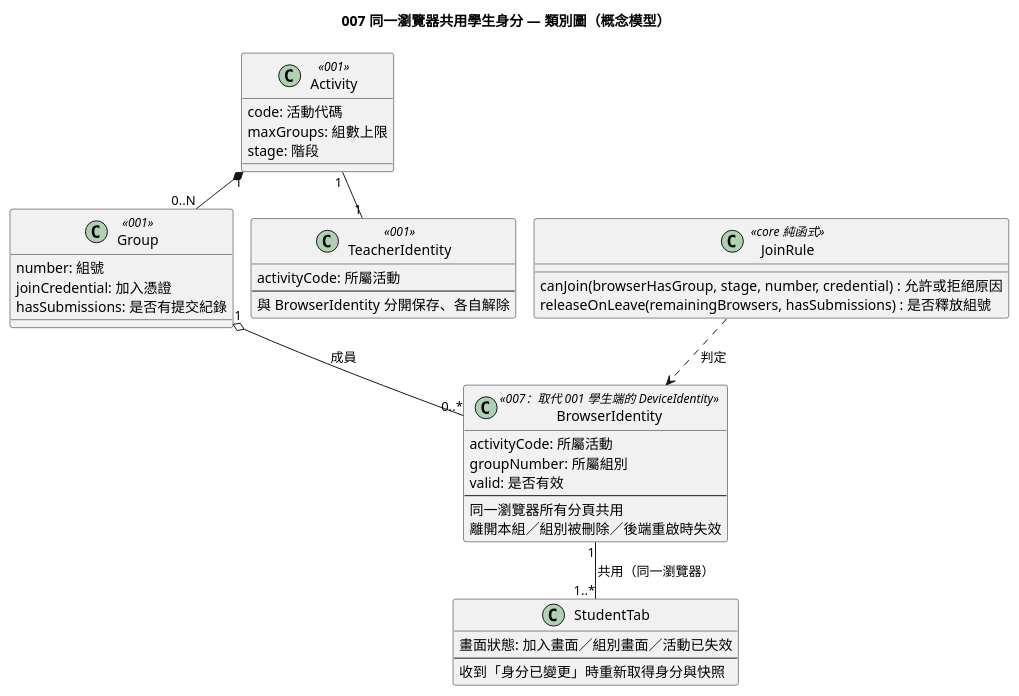
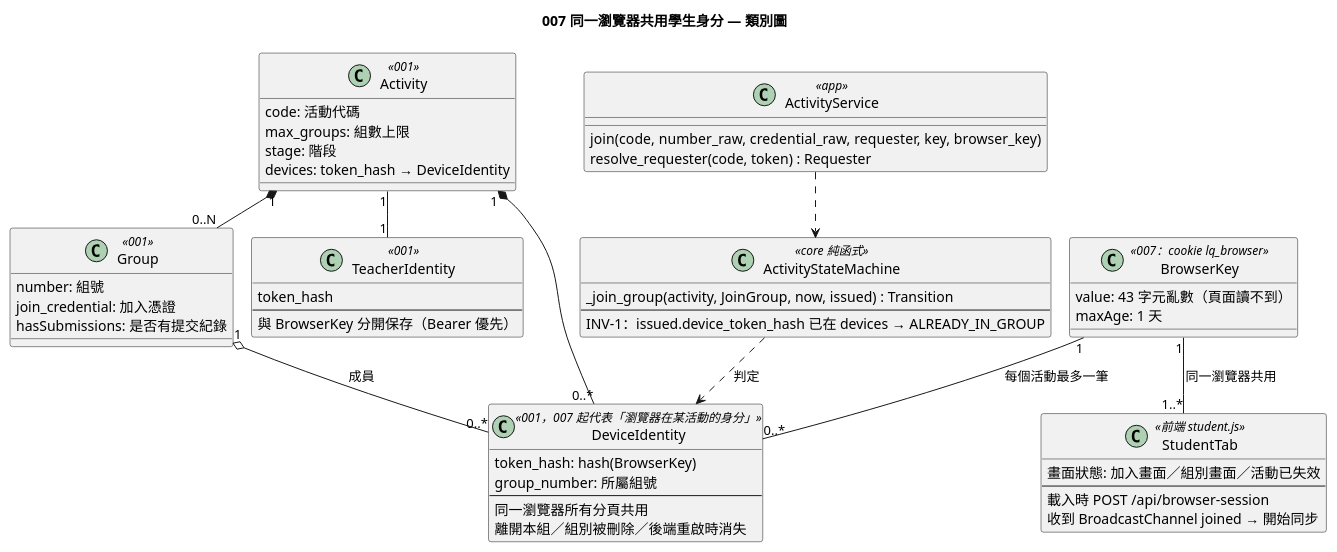
Before and after one commit to EricC430/lecture-answer-first_group16_speckit: the diagram in diagrams/007-browser-identity-sync-class.puml, drawn with PlantUML. The commit also changed 10 other files, not shown here.

First line of the commit message:
docs: 007 plan、research、data-model、契約與 quickstart，依設計更新圖表

```diff
--- a/diagrams/007-browser-identity-sync-class.puml
+++ b/diagrams/007-browser-identity-sync-class.puml
@@ -1,49 +1,64 @@
 @startuml 007-browser-identity-sync-class
 !pragma layout smetana
 skinparam defaultFontName "Microsoft JhengHei"
-title 007 同一瀏覽器共用學生身分 — 類別圖（概念模型）
+title 007 同一瀏覽器共用學生身分 — 類別圖
 
 class Activity <<001>> {
   code: 活動代碼
-  maxGroups: 組數上限
+  max_groups: 組數上限
   stage: 階段
+  devices: token_hash → DeviceIdentity
 }
 
 class Group <<001>> {
   number: 組號
-  joinCredential: 加入憑證
+  join_credential: 加入憑證
   hasSubmissions: 是否有提交紀錄
 }
 
-class BrowserIdentity <<007：取代 001 學生端的 DeviceIdentity>> {
-  activityCode: 所屬活動
-  groupNumber: 所屬組別
-  valid: 是否有效
+class BrowserKey <<007：cookie lq_browser>> {
+  value: 43 字元亂數（頁面讀不到）
+  maxAge: 1 天
+}
+
+class DeviceIdentity <<001，007 起代表「瀏覽器在某活動的身分」>> {
+  token_hash: hash(BrowserKey)
+  group_number: 所屬組號
   --
   同一瀏覽器所有分頁共用
-  離開本組／組別被刪除／後端重啟時失效
+  離開本組／組別被刪除／後端重啟時消失
 }
 
 class TeacherIdentity <<001>> {
-  activityCode: 所屬活動
+  token_hash
   --
-  與 BrowserIdentity 分開保存、各自解除
+  與 BrowserKey 分開保存（Bearer 優先）
 }
 
-class StudentTab {
+class ActivityStateMachine <<core 純函式>> {
+  _join_group(activity, JoinGroup, now, issued) : Transition
+  --
+  INV-1：issued.device_token_hash 已在 devices → ALREADY_IN_GROUP
+}
+
+class ActivityService <<app>> {
+  join(code, number_raw, credential_raw, requester, key, browser_key)
+  resolve_requester(code, token) : Requester
+}
+
+class StudentTab <<前端 student.js>> {
   畫面狀態: 加入畫面／組別畫面／活動已失效
   --
-  收到「身分已變更」時重新取得身分與快照
-}
-
-class JoinRule <<core 純函式>> {
-  canJoin(browserHasGroup, stage, number, credential) : 允許或拒絕原因
-  releaseOnLeave(remainingBrowsers, hasSubmissions) : 是否釋放組號
+  載入時 POST /api/browser-session
+  收到 BroadcastChannel joined → 開始同步
 }
 
 Activity "1" *-- "0..N" Group
-Group "1" o-- "0..*" BrowserIdentity : 成員
+Activity "1" *-- "0..*" DeviceIdentity
+Group "1" o-- "0..*" DeviceIdentity : 成員
 Activity "1" -- "1" TeacherIdentity
-BrowserIdentity "1" -- "1..*" StudentTab : 共用（同一瀏覽器）
-JoinRule ..> BrowserIdentity : 判定
+BrowserKey "1" -- "0..*" DeviceIdentity : 每個活動最多一筆
+BrowserKey "1" -- "1..*" StudentTab : 同一瀏覽器共用
+ActivityService ..> ActivityStateMachine
+ActivityStateMachine ..> DeviceIdentity : 判定
 @enduml
```
